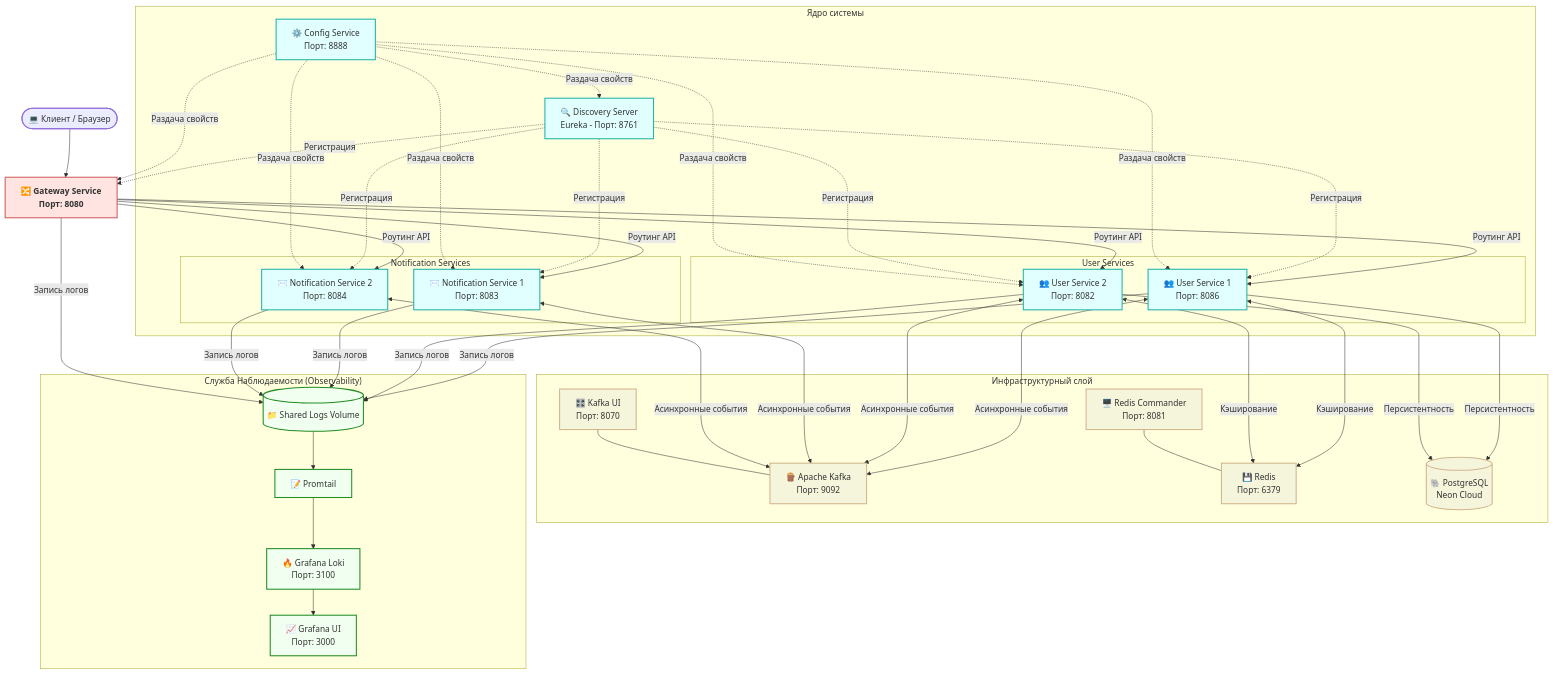
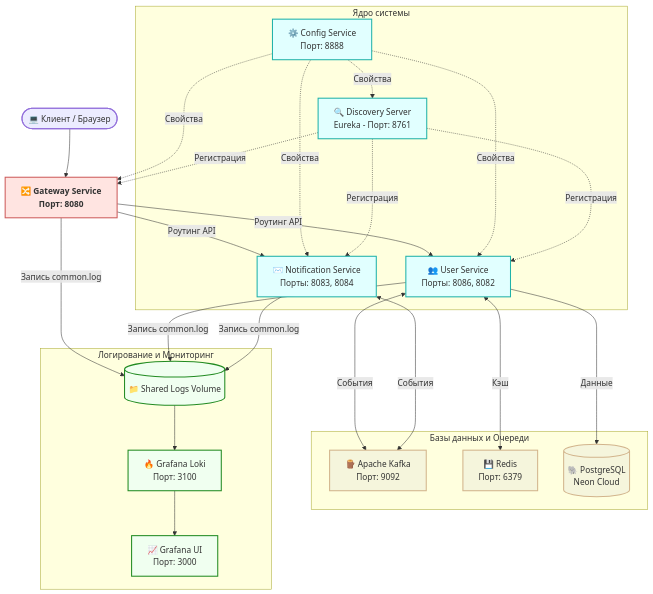
Before and after one commit to maxitool/user-service: the first of 2 diagrams in README.md, drawn with Mermaid.

````diff
--- a/README.md
+++ b/README.md
@@ -118,91 +118,48 @@
 ```mermaid
 graph TD
-    %% Объявление основных узлов
-    Client([💻 Клиент / Браузер])
-    Gateway[🔀 Gateway Service<br/>Порт: 8080]
+    %% Компоненты системы
+    Client([💻 Клиент / Браузер]) --> Gateway[🔀 Gateway Service<br/>Порт: 8080]
 
-    subgraph "Ядро системы"
+    subgraph Core ["Ядро системы"]
         Config[⚙️ Config Service<br/>Порт: 8888]
         Discovery["🔍 Discovery Server<br/>Eureka - Порт: 8761"]
-        
-        subgraph "User Services"
-            US1[👥 User Service 1<br/>Порт: 8086]
-            US2[👥 User Service 2<br/>Порт: 8082]
-        end
-
-        subgraph "Notification Services"
-            NS1[✉️ Notification Service 1<br/>Порт: 8083]
-            NS2[✉️ Notification Service 2<br/>Порт: 8084]
-        end
+        US[👥 User Service<br/>Порты: 8086, 8082]
+        NS[✉️ Notification Service<br/>Порты: 8083, 8084]
     end
 
-    subgraph "Инфраструктурный слой"
+    subgraph Infrastructure ["Базы данных и Очереди"]
         Kafka[🪵 Apache Kafka<br/>Порт: 9092]
-        KafkaUI[🎛️ Kafka UI<br/>Порт: 8070]
         Redis[💾 Redis<br/>Порт: 6379]
-        RedisUI[🖥️ Redis Commander<br/>Порт: 8081]
         DB[(🐘 PostgreSQL<br/>Neon Cloud)]
     end
 
-    subgraph "Служба Наблюдаемости (Observability)"
+    subgraph Observability ["Логирование и Мониторинг"]
         Volume[(📁 Shared Logs Volume)]
-        Promtail[📝 Promtail]
-        Loki[🔥 Grafana Loki<br/>Порт: 3100]
-        Grafana[📈 Grafana UI<br/>Порт: 3000]
+        Loki[🔥 Grafana Loki<br/>Порт: 3100] --> Grafana[📈 Grafana UI<br/>Порт: 3000]
     end
 
-    %% Направления связей
-    Client --> Gateway
-    Gateway -->|Роутинг API| US1
-    Gateway -->|Роутинг API| US2
-    Gateway -->|Роутинг API| NS1
-    Gateway -->|Роутинг API| NS2
-    
-    Discovery -.->|Регистрация| Gateway
-    Discovery -.->|Регистрация| US1
-    Discovery -.->|Регистрация| US2
-    Discovery -.->|Регистрация| NS1
-    Discovery -.->|Регистрация| NS2
-    
-    Config -.->|Раздача свойств| Discovery
-    Config -.->|Раздача свойств| Gateway
-    Config -.->|Раздача свойств| US1
-    Config -.->|Раздача свойств| US2
-    Config -.->|Раздача свойств| NS1
-    Config -.->|Раздача свойств| NS2
+    %% Основные потоки данных (Трафик)
+    Gateway -->|Роутинг API| US & NS
+    US <-->|Кэш| Redis
+    US --->|Данные| DB
+    US & NS <-->|События| Kafka
 
-    US1 <-->|Асинхронные события| Kafka
-    US2 <-->|Асинхронные события| Kafka
-    NS1 <-->|Асинхронные события| Kafka
-    NS2 <-->|Асинхронные события| Kafka
-    
-    US1 <-->|Кэширование| Redis
-    US2 <-->|Кэширование| Redis
-    
-    US1 --->|Персистентность| DB
-    US2 --->|Персистентность| DB
-    
-    KafkaUI --- Kafka
-    RedisUI --- Redis
+    %% Служебные связи (Сжатые и исправленные)
+    Config -.->|Свойства| Discovery & Gateway & US & NS
+    Discovery -.->|Регистрация| Gateway & US & NS
+    Gateway & US & NS -->|Запись common.log| Volume
+    Volume --> Loki
 
-    US1 -->|Запись логов| Volume
-    US2 -->|Запись логов| Volume
-    NS1 -->|Запись логов| Volume
-    NS2 -->|Запись логов| Volume
-    Gateway -->|Запись логов| Volume
-    
-    Volume --> Promtail --> Loki --> Grafana
+    %% Стилизация (Безопасно для GitHub)
+    classDef client fill:#ececff,stroke:#9370db,stroke-width:2px;
+    classDef gateway fill:#ffe4e1,stroke:#cd5c5c,stroke-width:2px,font-weight:bold;
+    classDef core fill:#e1ffff,stroke:#20b2aa,stroke-width:2px;
+    classDef infra fill:#f5f5dc,stroke:#d2b48c,stroke-width:2px;
+    classDef monitor fill:#f0fff0,stroke:#228b22,stroke-width:2px;
 
-    %% Декларативное назначение стилей
-    classDef clientStyle fill:#ececff,stroke:#9370db,stroke-width:2px;
-    classDef gatewayStyle fill:#ffe4e1,stroke:#cd5c5c,stroke-width:2px,font-weight:bold;
-    classDef coreStyle fill:#e1ffff,stroke:#20b2aa,stroke-width:2px;
-    classDef infraStyle fill:#f5f5dc,stroke:#d2b48c,stroke-width:2px;
-    classDef monitorStyle fill:#f0fff0,stroke:#228b22,stroke-width:2px;
-
-    class Client clientStyle;
-    class Gateway gatewayStyle;
-    class Config,Discovery,US1,US2,NS1,NS2 coreStyle;
-    class Kafka,KafkaUI,Redis,RedisUI,DB infraStyle;
-    class Volume,Promtail,Loki,Grafana monitorStyle;
+    class Client client;
+    class Gateway gateway;
+    class Config,Discovery,US,NS core;
+    class Kafka,Redis,DB infra;
+    class Volume,Loki,Grafana monitor;
 ```
````
